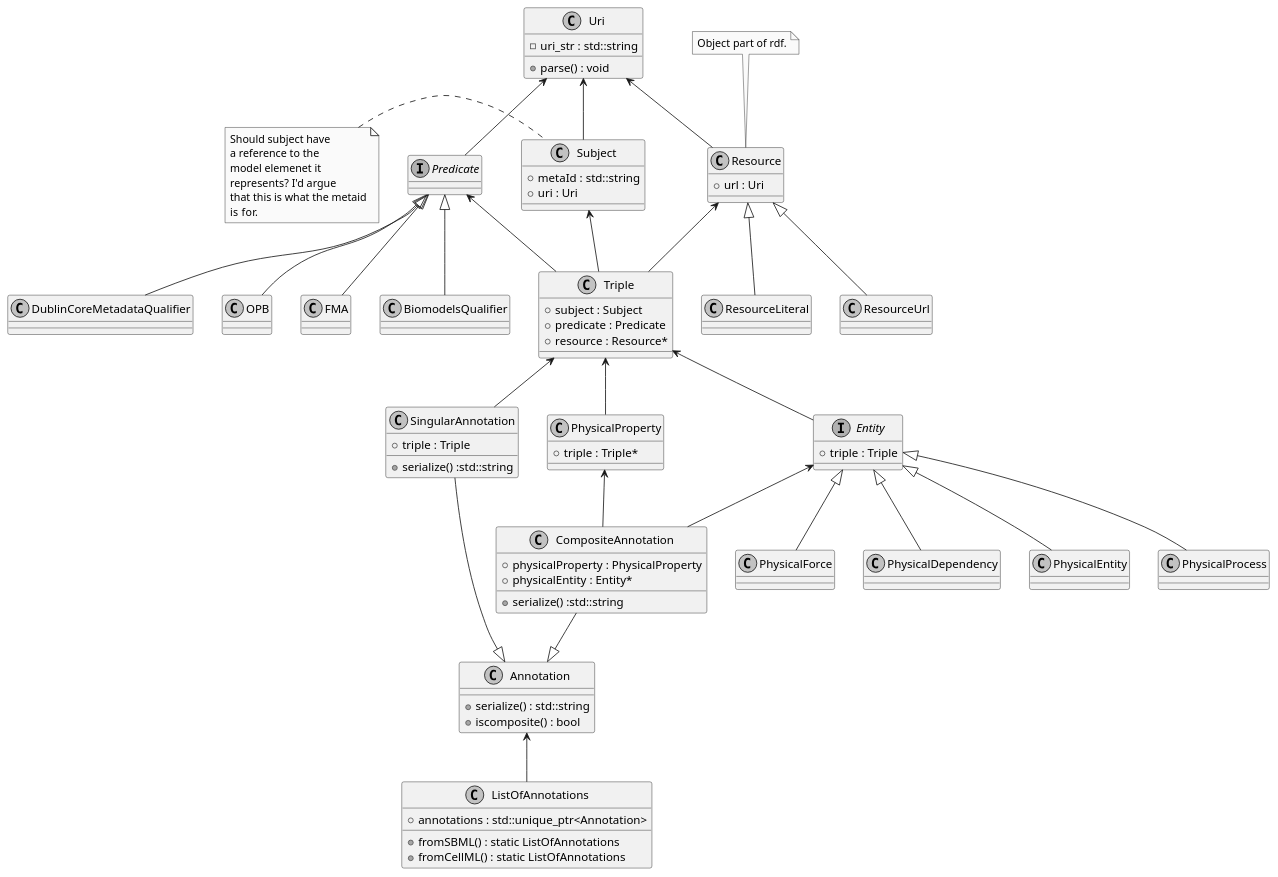
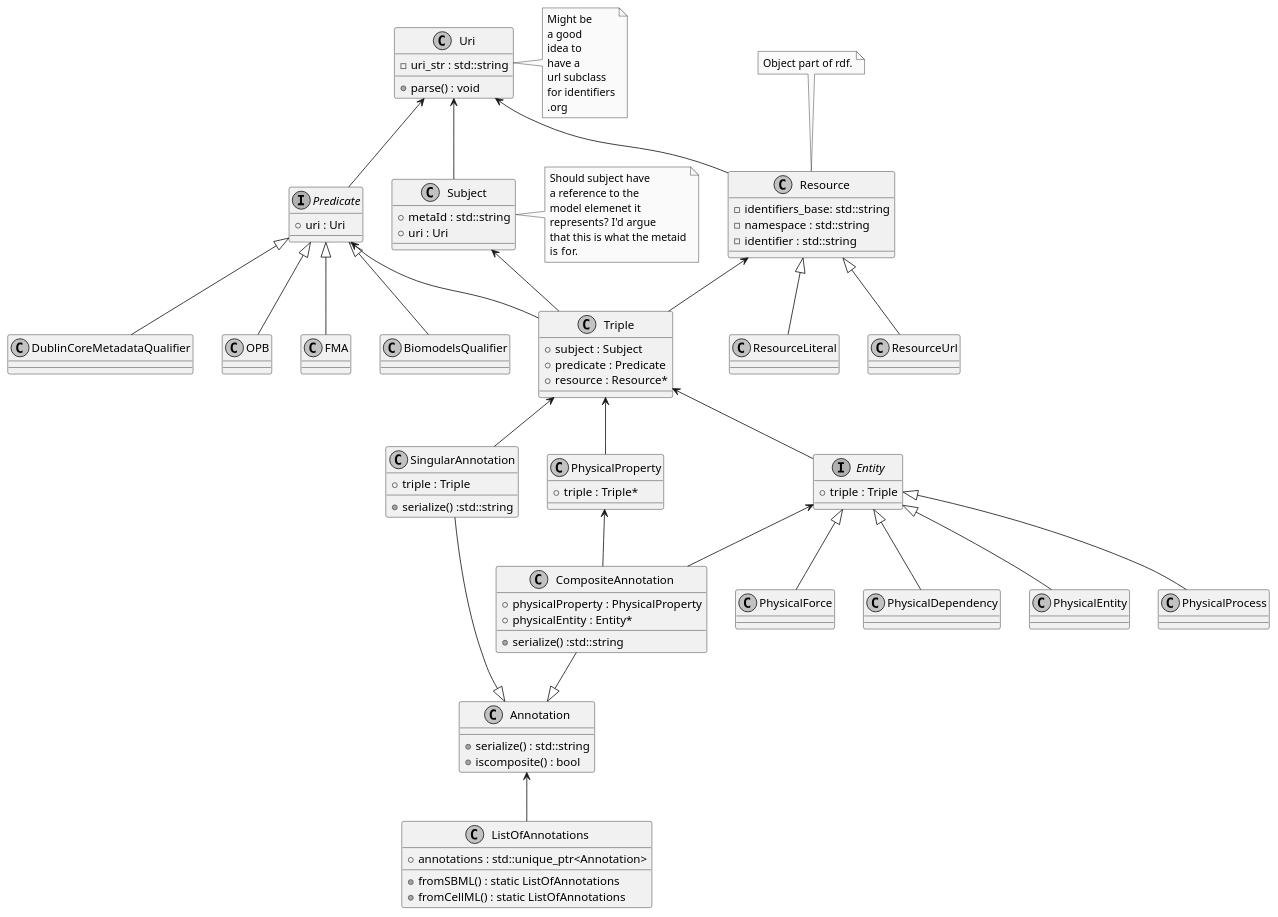
One commit to sys-bio/libOmexMeta changed the diagram in Design/CiaransDesign.puml. Above: the diagram before and after it, drawn with PlantUML. The commit also changed 12 other files, not shown here.

Commit message:
changed resource class so that it points to a resourece from identifiers.org. Modified tests to reflect this. Predicate class now only contains a uri

```diff
--- a/Design/CiaransDesign.puml
+++ b/Design/CiaransDesign.puml
@@ -1,163 +1,177 @@
 @startuml
 skinparam monochrome true
 
 'Base class for all annotations
 class Annotation {
     + serialize() : std::string
     + iscomposite() : bool
 }
 'Q) Conceptually, could we use an isa relationshop between singular annotation and Triple?
 
 'Should these be strings??
 'each attribute here should themselves be an annotation unit?
 'class ModelLevelAnnotation {
 '    + pubmedID : Triple
 '    + author : Triple
 '    + description : Triple
 '}
 '
 'Triple <-- ModelLevelAnnotation
 'SingularAnnotation <|-- ModelLevelAnnotation
 
 class SingularAnnotation {
     + triple : Triple
     + serialize() :std::string
 }
 
 'Not sure what type the physicalEntity / physicalProperty should have.
 'Not sure what the physicalEntity should be called.
 'From section 2.27 of omex metadata spec: physical entity, process, force or dependency that bears the physical property.
 class CompositeAnnotation {
     + physicalProperty : PhysicalProperty
     + physicalEntity : Entity*
     + serialize() :std::string
 }
 
 SingularAnnotation --|> Annotation
 CompositeAnnotation --|> Annotation
 Triple <-- SingularAnnotation
 
 
 'Its possible this may serve as feedback for Max's document. The way its currently
 'structured, leads us to think model level, semantic, non-semantic and composite
 'annotations are separate types of annotation. Is this the case? Or are model level
 'annotations also singular/composite annotations? From this document, the relationship
 'between these types of annotation are not completly clear
 
 'AnnotationBase <|-- SingularAnnotation
 'AnnotationBase <|-- CompositeAnnotation
 
 'Should there be some kind of interface to the identifiers.org website?
 class Uri {
     - uri_str : std::string
     + parse() : void
 }
 
+note right of Uri
+    Might be
+    a good
+    idea to
+    have a
+    url subclass
+    for identifiers
+    .org
+end note
+
 class Subject {
     + metaId : std::string
     + uri : Uri
 }
 note left of Subject
     Should subject have
     a reference to the
     model elemenet it
     represents? I'd argue
     that this is what the metaid
     is for.
 end note
 
-interface Predicate {}
+interface Predicate {
+    + uri : Uri
+}
 
 class Resource {
-    + url : Uri
+    - identifiers_base: std::string
+    - namespace : std::string
+    - identifier : std::string
 }
 
 class ResourceUrl {}
 
 class ResourceLiteral {}
 
 Resource <|-- ResourceUrl
 Resource <|-- ResourceLiteral
 
 note top of Resource
     Object part of rdf.
 end note
 
 
 class Triple {
     + subject : Subject
     + predicate : Predicate
     + resource : Resource*
 }
 
 Subject <-- Triple
 Predicate <-- Triple
 Resource <-- Triple
 
 
 Uri <-- Subject
 Uri <-- Predicate
 Uri <-- Resource
 
 'Triple <-- AnnotationBase
 
 class BiomodelsQualifier {
 
 }
 
 class DublinCoreMetadataQualifier {
 
 }
 
 class OPB {
 
 }
 
 class FMA {
 
 }
 
 Predicate <|-- BiomodelsQualifier
 Predicate <|-- DublinCoreMetadataQualifier
 Predicate <|-- OPB
 Predicate <|-- FMA
 
 
 
 class PhysicalProperty {
     + triple : Triple*
 }
 Triple <-- PhysicalProperty
 
 interface Entity {
     + triple : Triple
 }
 Triple <-- Entity
 
 class PhysicalEntity {}
 class PhysicalProcess {}
 class PhysicalForce {}
 class PhysicalDependency {}
 
 Entity <|-- PhysicalEntity
 Entity <|-- PhysicalProcess
 Entity <|-- PhysicalForce
 Entity <|-- PhysicalDependency
 
 Entity <-- CompositeAnnotation
 PhysicalProperty <-- CompositeAnnotation
 
 
 class ListOfAnnotations {
     + annotations : std::unique_ptr<Annotation>
     + fromSBML() : static ListOfAnnotations
     + fromCellML() : static ListOfAnnotations
 }
 
 Annotation <-- ListOfAnnotations
 
 
 
 
 
 @enduml
```
